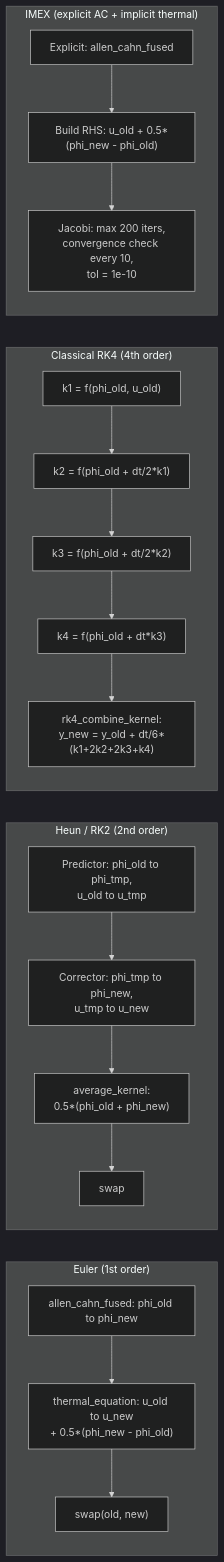
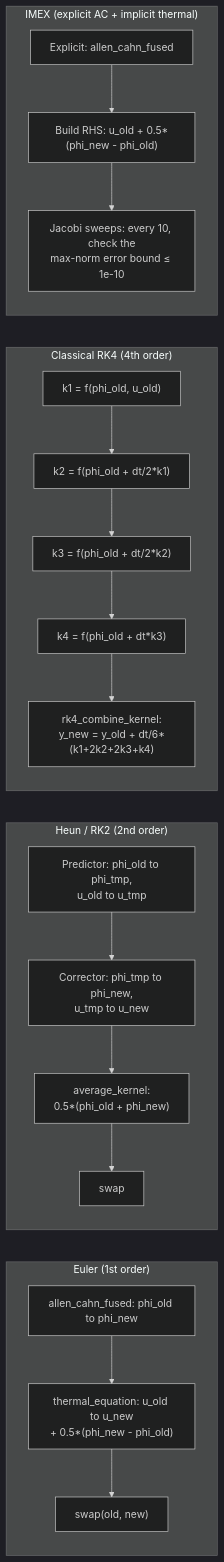
The third of 4 diagrams in README.md (myousefi2016/Allen-Cahn-CUDA), drawn with Mermaid (dark theme) before and after one commit. The commit also changed other lines of this file and 15 other files, not shown here.

````diff
--- a/README.md
+++ b/README.md
@@ -139,33 +139,33 @@
 ```mermaid
 graph LR
     subgraph Euler["Euler (1st order)"]
         E1["allen_cahn_fused: phi_old to phi_new"]
         E2["thermal_equation: u_old to u_new<br/>+ 0.5*(phi_new - phi_old)"]
         E3["swap(old, new)"]
         E1 --> E2 --> E3
     end
 
     subgraph Heun["Heun / RK2 (2nd order)"]
         H1["Predictor: phi_old to phi_tmp,<br/>u_old to u_tmp"]
         H2["Corrector: phi_tmp to phi_new,<br/>u_tmp to u_new"]
         H3["average_kernel:<br/>0.5*(phi_old + phi_new)"]
         H4["swap"]
         H1 --> H2 --> H3 --> H4
     end
 
     subgraph RK4["Classical RK4 (4th order)"]
         R1["k1 = f(phi_old, u_old)"]
         R2["k2 = f(phi_old + dt/2*k1)"]
         R3["k3 = f(phi_old + dt/2*k2)"]
         R4["k4 = f(phi_old + dt*k3)"]
         R5["rk4_combine_kernel:<br/>y_new = y_old + dt/6*(k1+2k2+2k3+k4)"]
         R1 --> R2 --> R3 --> R4 --> R5
     end
 
     subgraph IMEX["IMEX (explicit AC + implicit thermal)"]
         I1["Explicit: allen_cahn_fused"]
         I2["Build RHS: u_old + 0.5*(phi_new - phi_old)"]
-        I3["Jacobi: max 200 iters,<br/>convergence check every 10,<br/>tol = 1e-10"]
+        I3["Jacobi sweeps: every 10, check the<br/>max-norm error bound ≤ 1e-10"]
         I1 --> I2 --> I3
     end
 ```
````
